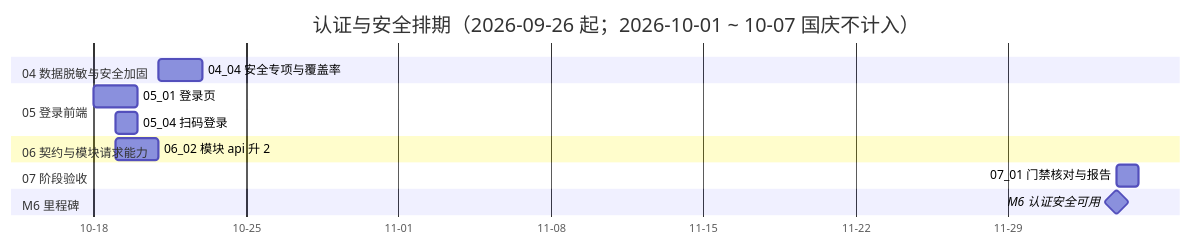
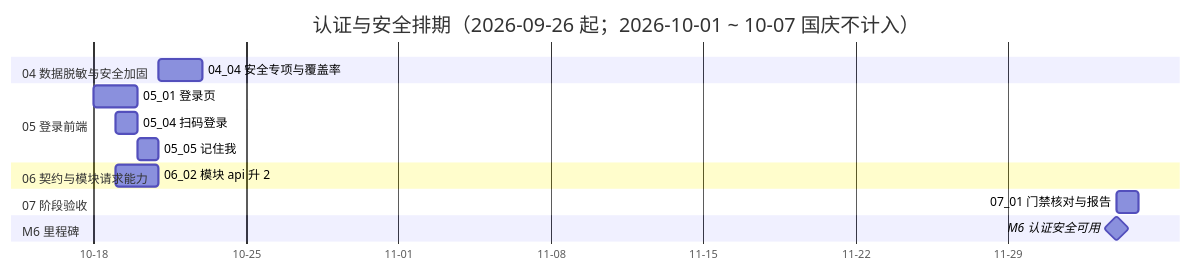
The diagram in bms文档/项目/06_认证与安全/计划/01_计划_认证与安全.md (minjian123/basic-management-system), drawn with Mermaid before and after one commit. The commit also changed other lines of this file and 5 other files, not shown here.

````diff
--- a/bms文档/项目/06_认证与安全/计划/01_计划_认证与安全.md
+++ b/bms文档/项目/06_认证与安全/计划/01_计划_认证与安全.md
@@ -81,17 +82,18 @@
 ```mermaid
 gantt
     title 认证与安全排期（2026-09-26 起；2026-10-01 ~ 10-07 国庆不计入）
     dateFormat  YYYY-MM-DD
     axisFormat %m-%d
     section 04 数据脱敏与安全加固
     04_04 安全专项与覆盖率 :d4, 2026-10-21, 2d
     section 05 登录前端
     05_01 登录页 :e1, 2026-10-18, 2d
     05_04 扫码登录 :e4, 2026-10-19, 1d
+    05_05 记住我 :e5, 2026-10-20, 1d
     section 06 契约与模块请求能力
     06_02 模块 api 升 2 :f2, 2026-10-19, 2d
     section 07 阶段验收
     07_01 门禁核对与报告 :g1, 2026-12-04, 1d
     section M6 里程碑
     M6 认证安全可用 :milestone, mm6, 2026-12-04, 0d
 ```
````
